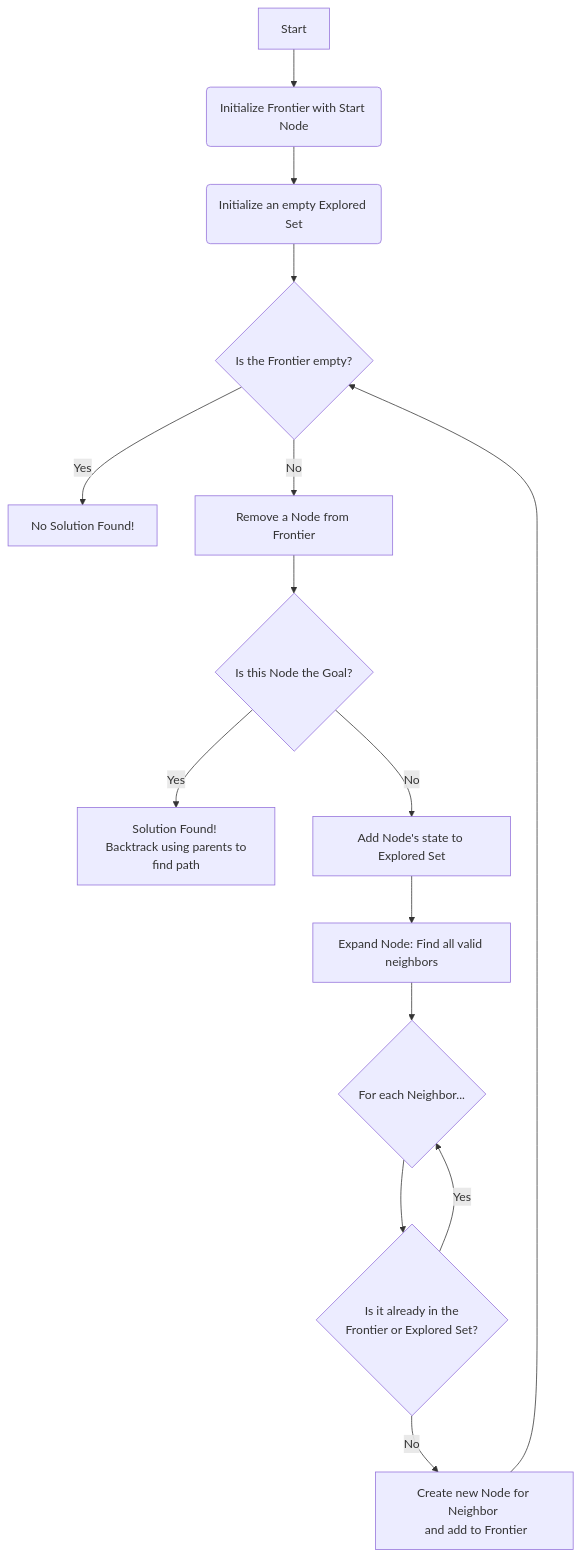
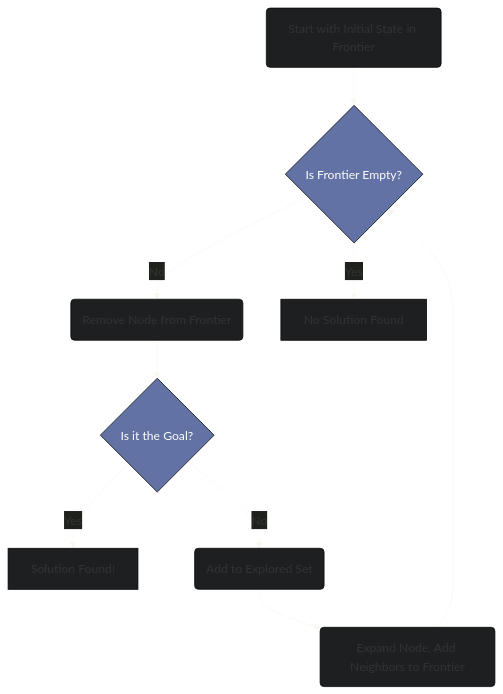
Before and after one commit to eltay89/eltay89.github.io: the second of 6 diagrams in _posts/2025-08-08-ai-search-algorithms-a-z.md, drawn with Mermaid. The commit also changed other lines of this file, not shown here.

````diff
--- a/_posts/2025-08-08-ai-search-algorithms-a-z.md
+++ b/_posts/2025-08-08-ai-search-algorithms-a-z.md
@@ -71,17 +70,15 @@
 ```mermaid
+%%{ init: { 'theme': 'base', 'themeVariables': { 'primaryColor': '#1d1f21', 'lineColor': '#f8f8f2', 'textColor': '#f8f8f2' } } }%%
 graph TD
-    A[Start] --> B(Initialize Frontier with Start Node);
-    B --> C(Initialize an empty Explored Set);
-    C --> D{Is the Frontier empty?};
-    D -- Yes --> E[No Solution Found!];
-    D -- No --> F[Remove a Node from Frontier];
-    F --> G{Is this Node the Goal?};
-    G -- Yes --> H[Solution Found! <br> Backtrack using parents to find path];
-    G -- No --> I[Add Node's state to Explored Set];
-    I --> J[Expand Node: Find all valid neighbors];
-    J --> K{For each Neighbor...};
-    K --> L{Is it already in the <br> Frontier or Explored Set?};
-    L -- No --> M[Create new Node for Neighbor <br> and add to Frontier];
-    L -- Yes --> K;
-    M --> D;
+    A(Start with Initial State in Frontier) --> B{Is Frontier Empty?};
+    B -- No --> C(Remove Node from Frontier);
+    C --> D{Is it the Goal?};
+    D -- Yes --> F[Solution Found!];
+    D -- No --> G(Add to Explored Set);
+    G --> H(Expand Node, Add Neighbors to Frontier);
+    H --> B;
+    B -- Yes --> E[No Solution Found];
+
+    classDef decision fill:#6272a4,color:#fff;
+    class B,D decision;
 ```
````
